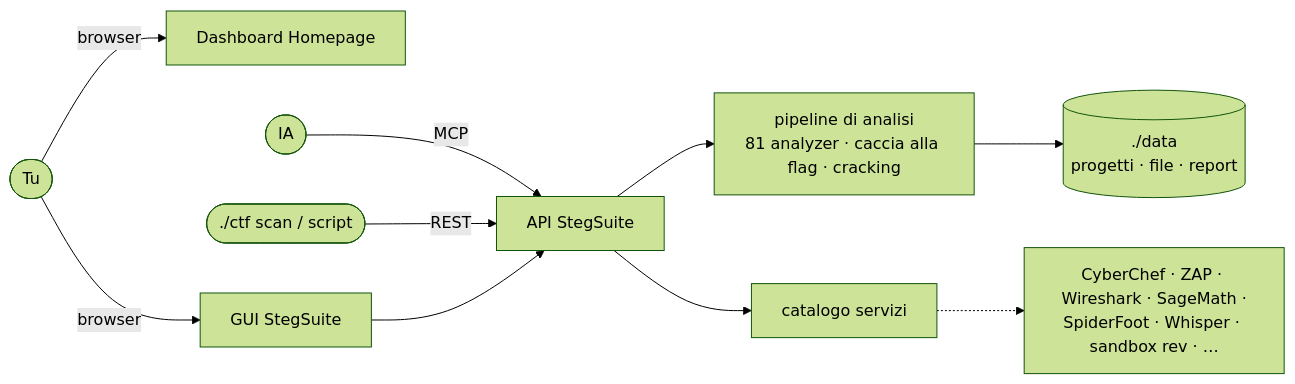
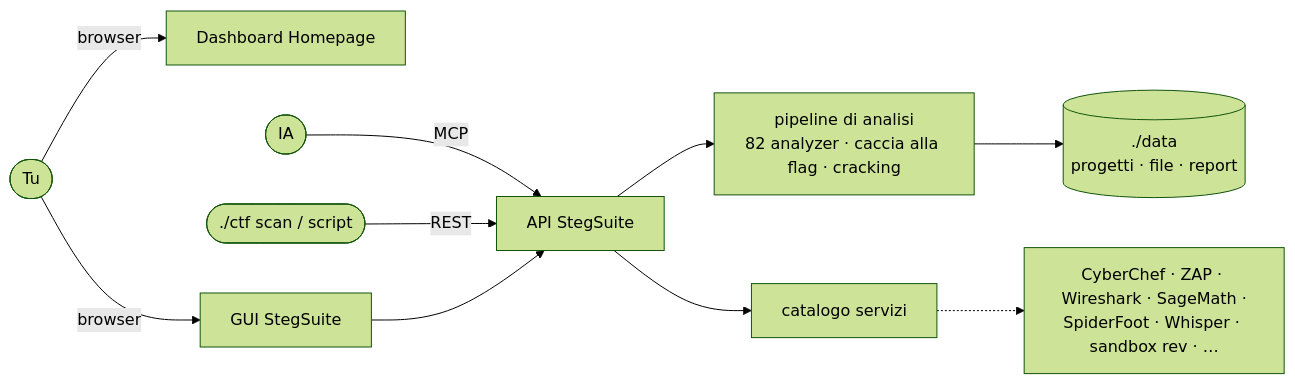
The diagram in README.it.md (dexRand/ctf-docker), drawn with Mermaid (forest theme) before and after one commit. The commit also changed other lines of this file and 1 other file, not shown here.

````diff
--- a/README.it.md
+++ b/README.it.md
@@ -88,12 +88,12 @@
 ```mermaid
 flowchart LR
   tu([Tu]) -->|browser| dash[Dashboard Homepage]
   tu -->|browser| ss[GUI StegSuite]
   ia([IA]) -->|MCP| api
   cli([./ctf scan / script]) -->|REST| api
   ss --> api[API StegSuite]
-  api --> pipe[pipeline di analisi<br/>81 analyzer · caccia alla flag · cracking]
+  api --> pipe[pipeline di analisi<br/>82 analyzer · caccia alla flag · cracking]
   pipe --> data[(./data<br/>progetti · file · report)]
   api --> svc[catalogo servizi]
   svc -.-> tools[CyberChef · ZAP · Wireshark · SageMath ·<br/>SpiderFoot · Whisper · sandbox rev · …]
 ```
````
